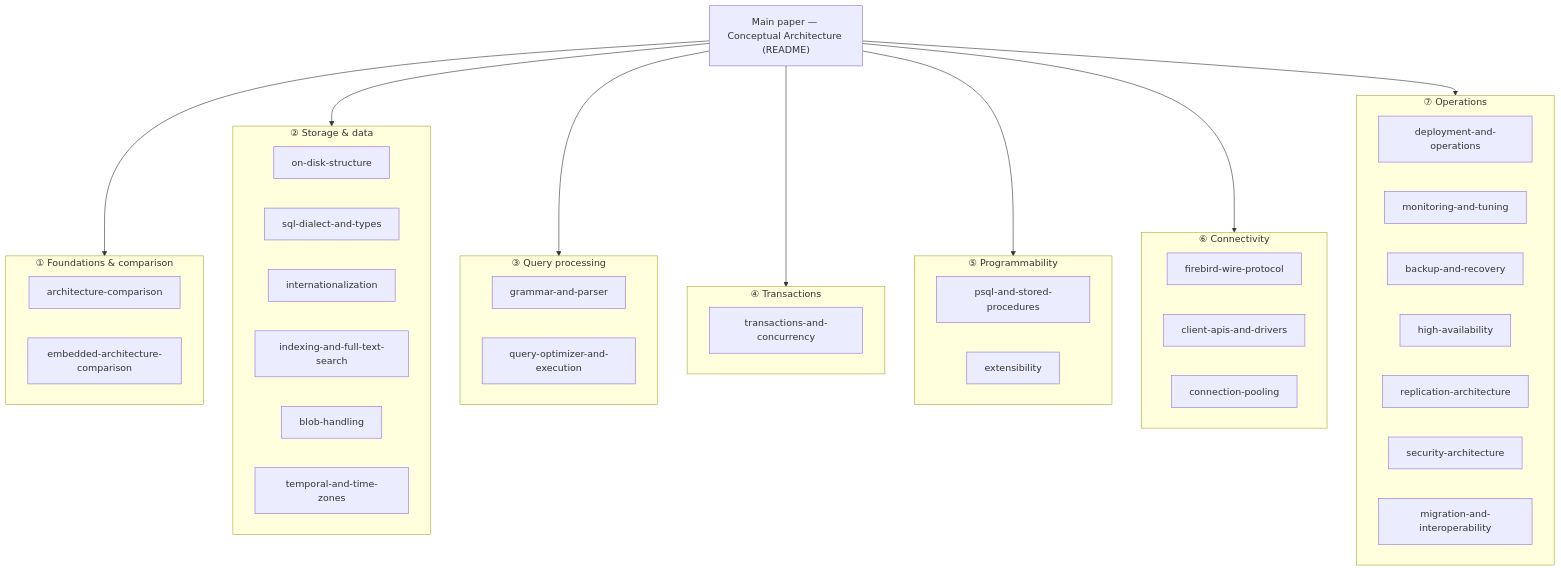
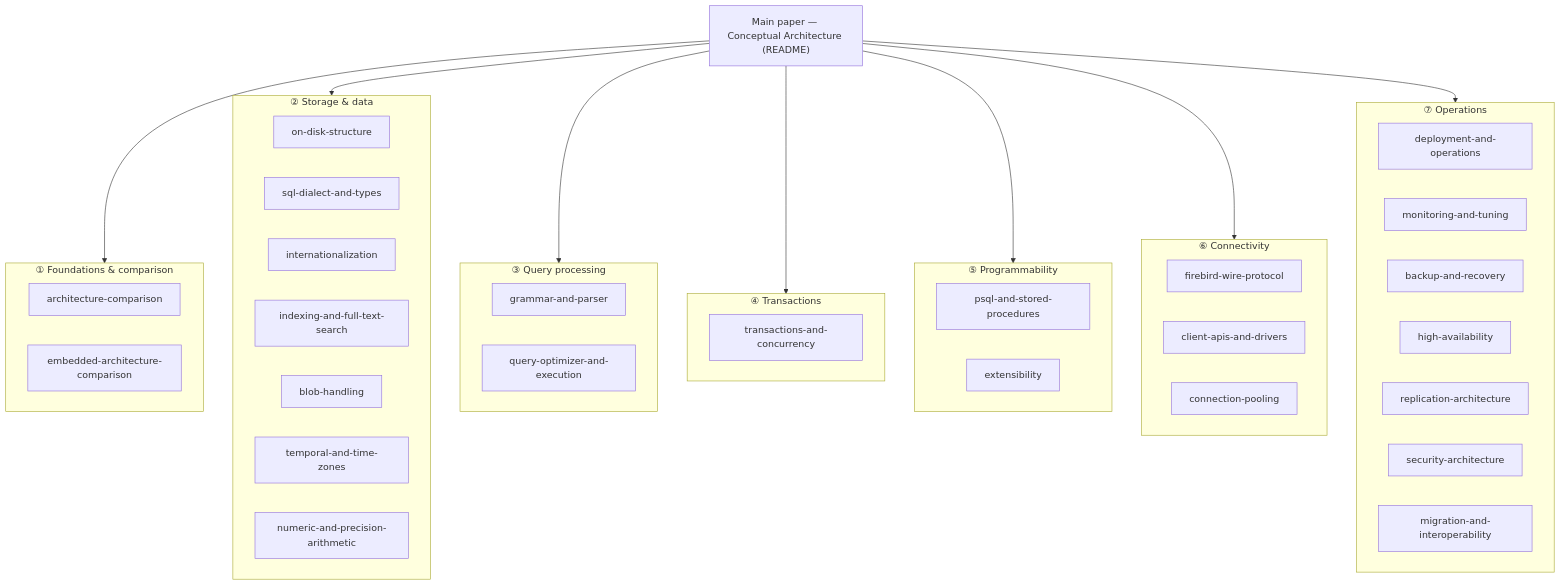
Before and after one commit to mariuz/conceptual-architecture-for-firebird-paper: the diagram in READING-GUIDE.md, drawn with Mermaid. The commit also changed other lines of this file and 2 other files, not shown here.

First line of the commit message:
Add numeric and exact-precision arithmetic document

````diff
--- a/READING-GUIDE.md
+++ b/READING-GUIDE.md
@@ -9,44 +9,45 @@
 ```mermaid
 flowchart TB
     PAPER["Main paper — Conceptual Architecture (README)"]
 
     PAPER --> T1 & T2 & T3 & T4 & T5 & T6 & T7
 
     subgraph T1["① Foundations & comparison"]
         A1["architecture-comparison"]
         A2["embedded-architecture-comparison"]
     end
     subgraph T2["② Storage & data"]
         B1["on-disk-structure"]
         B2["sql-dialect-and-types"]
         B3["internationalization"]
         B4["indexing-and-full-text-search"]
         B5["blob-handling"]
         B6["temporal-and-time-zones"]
+        B7["numeric-and-precision-arithmetic"]
     end
     subgraph T3["③ Query processing"]
         C1["grammar-and-parser"]
         C2["query-optimizer-and-execution"]
     end
     subgraph T4["④ Transactions"]
         D1["transactions-and-concurrency"]
     end
     subgraph T5["⑤ Programmability"]
         E1["psql-and-stored-procedures"]
         E2["extensibility"]
     end
     subgraph T6["⑥ Connectivity"]
         F1["firebird-wire-protocol"]
         F2["client-apis-and-drivers"]
         F3["connection-pooling"]
     end
     subgraph T7["⑦ Operations"]
         G1["deployment-and-operations"]
         G2["monitoring-and-tuning"]
         G3["backup-and-recovery"]
         G4["high-availability"]
         G5["replication-architecture"]
         G6["security-architecture"]
         G7["migration-and-interoperability"]
     end
 ```
````
